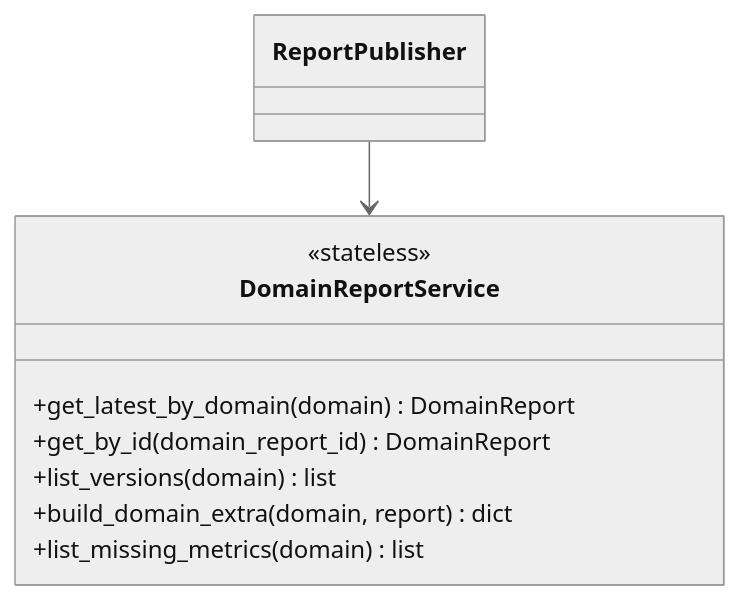
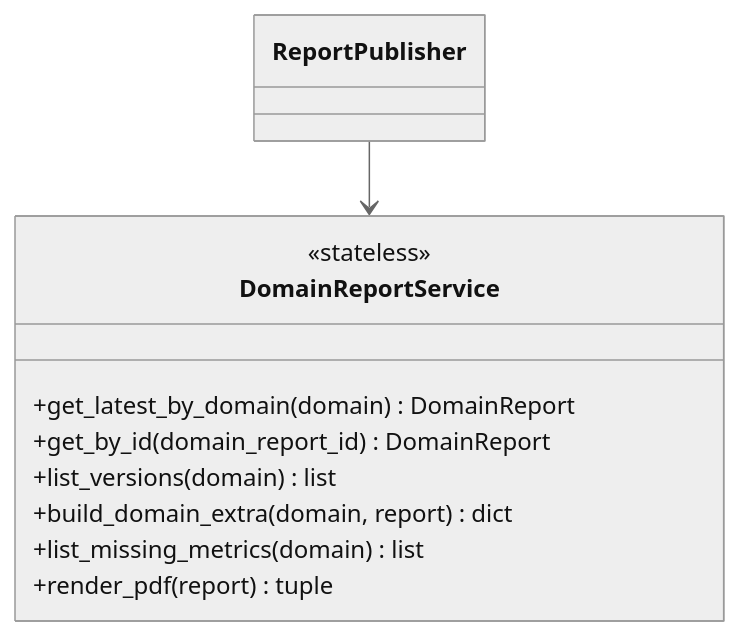
Before and after one commit to HoyoungParkme/tableau_platform: diagram 26 of 32 in docs/specs/06-DOM/TBL-DOM-005.md, drawn with Mermaid (neutral theme). The commit also changed other lines of this file, not shown here.

Commit message:
유저 결정 반영(2026-09-30): 설계 클래스 스물아홉(ExposureService 신설), DomainReportService.render_pdf, 폴더 구조(exposure, intel/pdf.py), FormALedgerParser 16·22열, 실측 수치 CSV 기준 명시, 미결 둘 해소.

````diff
--- a/docs/specs/06-DOM/TBL-DOM-005.md
+++ b/docs/specs/06-DOM/TBL-DOM-005.md
@@ -1841,12 +1844,13 @@
 ```mermaid
 classDiagram
   class DomainReportService {
     <<stateless>>
     +get_latest_by_domain(domain) DomainReport
     +get_by_id(domain_report_id) DomainReport
     +list_versions(domain) list
     +build_domain_extra(domain, report) dict
     +list_missing_metrics(domain) list
+    +render_pdf(report) tuple
   }
   ReportPublisher --> DomainReportService
 ```
````
